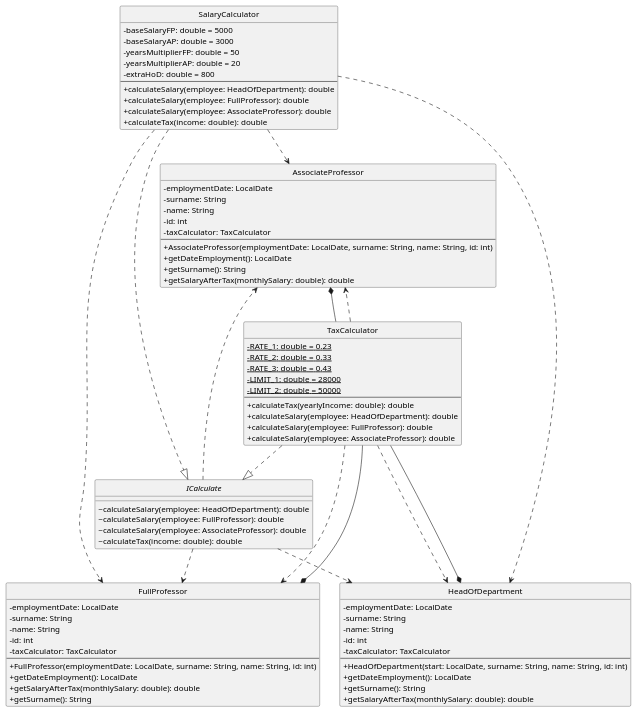
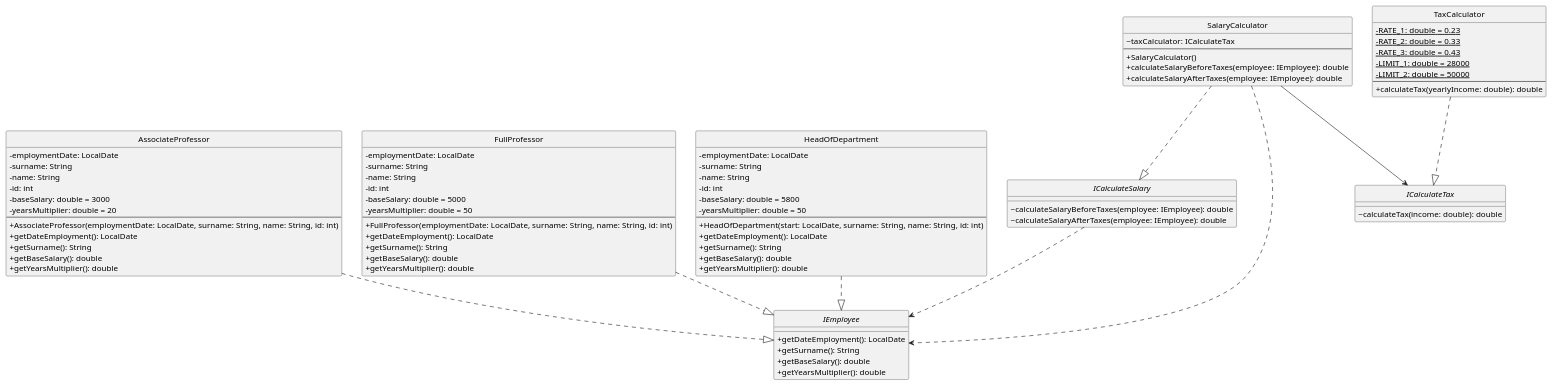
Before and after one commit to steudoc/SwDA-25-26-exercises: the diagram in output/payroll.puml, drawn with PlantUML. The commit also changed other lines of this file and 1 other file, not shown here.

Commit message:
Inverted dependencies between SalaryCalculator and ICalculateTax

```diff
--- a/output/payroll.puml
+++ b/output/payroll.puml
@@ -6,91 +6,92 @@
 @startuml
 skinparam classAttributeIconSize 0
 hide circle
 
 class AssociateProfessor {
   -employmentDate: LocalDate
   -surname: String
   -name: String
   -id: int
-  -taxCalculator: TaxCalculator
+  -baseSalary: double = 3000
+  -yearsMultiplier: double = 20
   --
   +AssociateProfessor(employmentDate: LocalDate, surname: String, name: String, id: int)
   +getDateEmployment(): LocalDate
   +getSurname(): String
-  +getSalaryAfterTax(monthlySalary: double): double
+  +getBaseSalary(): double
+  +getYearsMultiplier(): double
 }
 
 class FullProfessor {
   -employmentDate: LocalDate
   -surname: String
   -name: String
   -id: int
-  -taxCalculator: TaxCalculator
+  -baseSalary: double = 5000
+  -yearsMultiplier: double = 50
   --
   +FullProfessor(employmentDate: LocalDate, surname: String, name: String, id: int)
   +getDateEmployment(): LocalDate
-  +getSalaryAfterTax(monthlySalary: double): double
   +getSurname(): String
+  +getBaseSalary(): double
+  +getYearsMultiplier(): double
 }
 
 class HeadOfDepartment {
   -employmentDate: LocalDate
   -surname: String
   -name: String
   -id: int
-  -taxCalculator: TaxCalculator
+  -baseSalary: double = 5800
+  -yearsMultiplier: double = 50
   --
   +HeadOfDepartment(start: LocalDate, surname: String, name: String, id: int)
   +getDateEmployment(): LocalDate
   +getSurname(): String
-  +getSalaryAfterTax(monthlySalary: double): double
+  +getBaseSalary(): double
+  +getYearsMultiplier(): double
 }
 
-interface ICalculate {
-  ~calculateSalary(employee: HeadOfDepartment): double
-  ~calculateSalary(employee: FullProfessor): double
-  ~calculateSalary(employee: AssociateProfessor): double
+interface ICalculateSalary {
+  ~calculateSalaryBeforeTaxes(employee: IEmployee): double
+  ~calculateSalaryAfterTaxes(employee: IEmployee): double
+}
+
+interface ICalculateTax {
   ~calculateTax(income: double): double
 }
 
+interface IEmployee {
+  +getDateEmployment(): LocalDate
+  +getSurname(): String
+  +getBaseSalary(): double
+  +getYearsMultiplier(): double
+}
+
 class SalaryCalculator {
-  -baseSalaryFP: double = 5000
-  -baseSalaryAP: double = 3000
-  -yearsMultiplierFP: double = 50
-  -yearsMultiplierAP: double = 20
-  -extraHoD: double = 800
+  ~taxCalculator: ICalculateTax
   --
-  +calculateSalary(employee: HeadOfDepartment): double
-  +calculateSalary(employee: FullProfessor): double
-  +calculateSalary(employee: AssociateProfessor): double
-  +calculateTax(income: double): double
+  +SalaryCalculator()
+  +calculateSalaryBeforeTaxes(employee: IEmployee): double
+  +calculateSalaryAfterTaxes(employee: IEmployee): double
 }
 
 class TaxCalculator {
   -{static} RATE_1: double = 0.23
   -{static} RATE_2: double = 0.33
   -{static} RATE_3: double = 0.43
   -{static} LIMIT_1: double = 28000
   -{static} LIMIT_2: double = 50000
   --
   +calculateTax(yearlyIncome: double): double
-  +calculateSalary(employee: HeadOfDepartment): double
-  +calculateSalary(employee: FullProfessor): double
-  +calculateSalary(employee: AssociateProfessor): double
 }
 
-AssociateProfessor *-- TaxCalculator
-FullProfessor *-- TaxCalculator
-HeadOfDepartment *-- TaxCalculator
-ICalculate ..> HeadOfDepartment
-ICalculate ..> FullProfessor
-ICalculate ..> AssociateProfessor
-SalaryCalculator ..|> ICalculate
-SalaryCalculator ..> HeadOfDepartment
-SalaryCalculator ..> FullProfessor
-SalaryCalculator ..> AssociateProfessor
-TaxCalculator ..|> ICalculate
-TaxCalculator ..> HeadOfDepartment
-TaxCalculator ..> FullProfessor
-TaxCalculator ..> AssociateProfessor
+AssociateProfessor ..|> IEmployee
+FullProfessor ..|> IEmployee
+HeadOfDepartment ..|> IEmployee
+ICalculateSalary ..> IEmployee
+SalaryCalculator ..|> ICalculateSalary
+SalaryCalculator --> ICalculateTax
+SalaryCalculator ..> IEmployee
+TaxCalculator ..|> ICalculateTax
 @enduml
```
